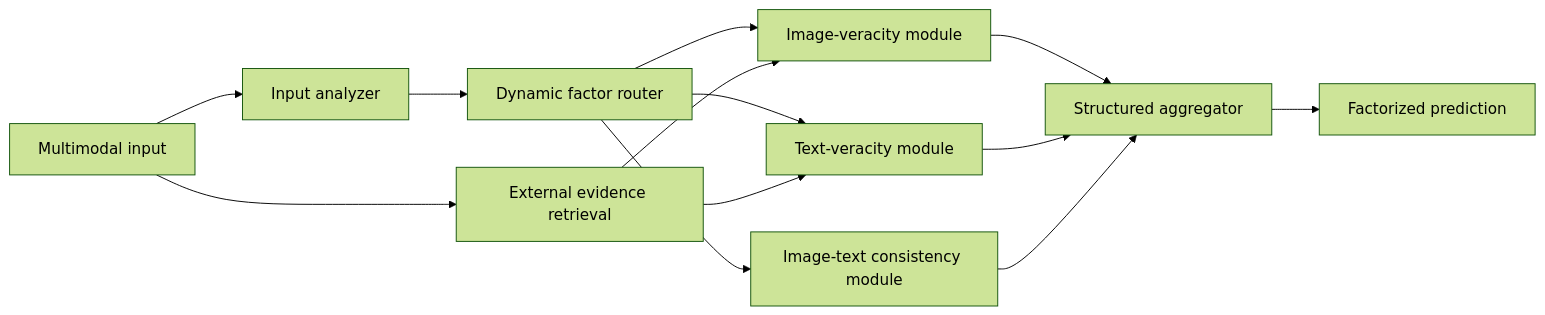
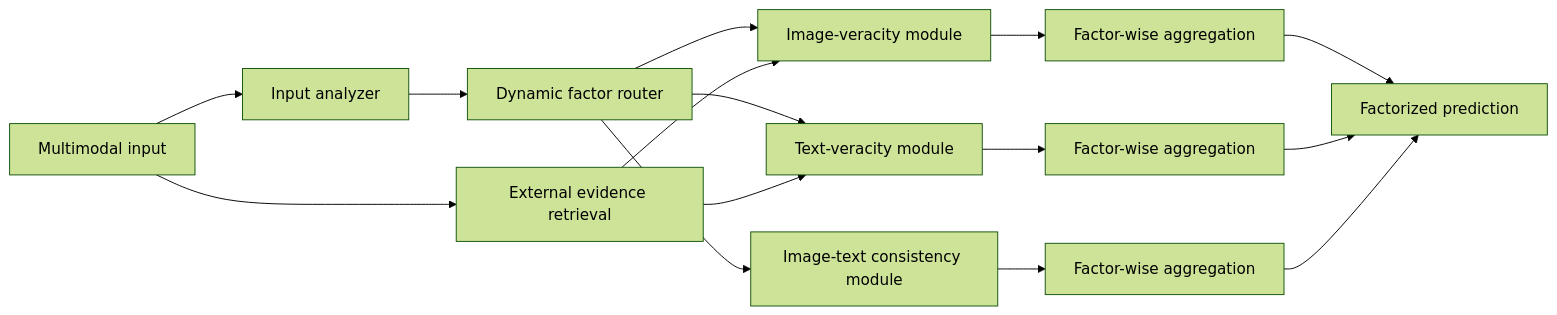
Before and after one commit to SaiSyokan/sourceaware-verification: the diagram in README.md, drawn with Mermaid (forest theme). The commit also changed other lines of this file and 3 other files, not shown here.

````diff
--- a/README.md
+++ b/README.md
@@ -25,15 +25,17 @@
 ```mermaid
 flowchart LR
     X[Multimodal input] --> A[Input analyzer]
     A --> R[Dynamic factor router]
     R --> VI[Image-veracity module]
     R --> VT[Text-veracity module]
     R --> C[Image-text consistency module]
     X --> E[External evidence retrieval]
     E --> VI
     E --> VT
-    VI --> G[Structured aggregator]
-    VT --> G
-    C --> G
-    G --> Y[Factorized prediction]
+    VI --> GI[Factor-wise aggregation]
+    VT --> GT[Factor-wise aggregation]
+    C --> GC[Factor-wise aggregation]
+    GI --> Y[Factorized prediction]
+    GT --> Y
+    GC --> Y
 ```
````
